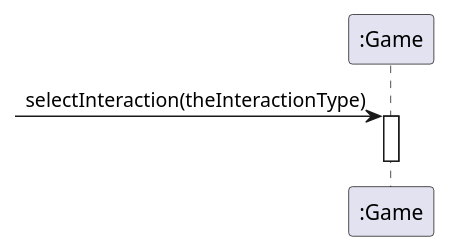
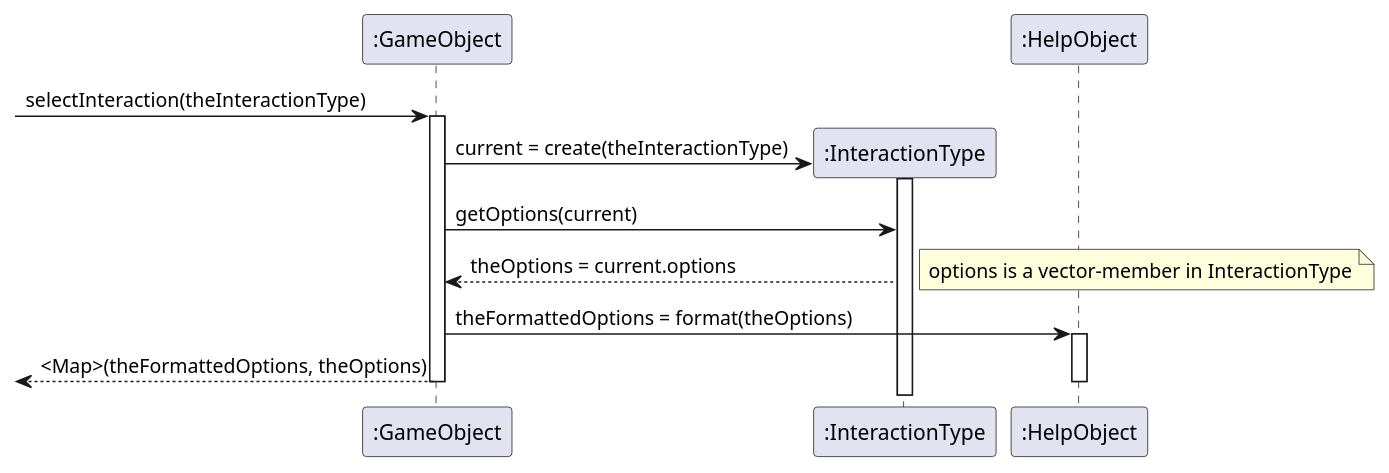
Before and after one commit to juliusmarminge/PA1459-Diagrams: the diagram in Diagrams/selectInteraction.puml, drawn with PlantUML. The commit also changed 4 other files, not shown here.

```diff
--- a/Diagrams/selectInteraction.puml
+++ b/Diagrams/selectInteraction.puml
@@ -1,16 +1,27 @@
 @startuml
 'https://plantuml.com/sequence-diagram
 
-participant ":Game" as game
+participant ":GameObject" as gameObject
+participant ":InteractionType" as InteractionType
+participant ":HelpObject" as HelpObject
 
-[->game : selectInteraction(theInteractionType)
-activate game
+[->gameObject : selectInteraction(theInteractionType)
+activate gameObject
 
-
-deactivate game
+gameObject -> InteractionType **: current = create(theInteractionType)
+activate  InteractionType
+gameObject -> InteractionType : getOptions(current)
+InteractionType --> gameObject : theOptions = current.options
+'deactivate InteractionType
+note right : options is a vector-member in InteractionType
+gameObject -> HelpObject : theFormattedOptions = format(theOptions)
+activate HelpObject
+gameObject -->[ : <Map>(theFormattedOptions, theOptions)
+deactivate HelpObject
+deactivate gameObject
 
 
 '[<--someObject : interaction options
 'activate someObject
 
 @enduml
```
